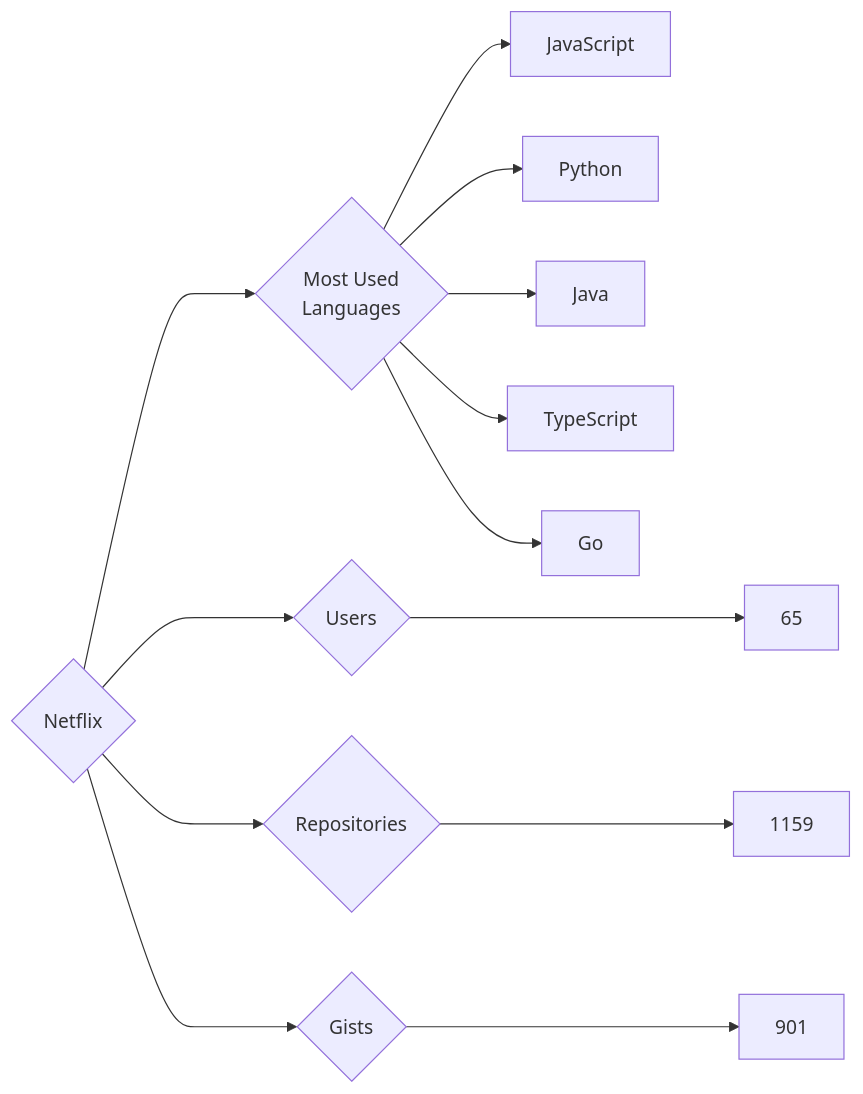
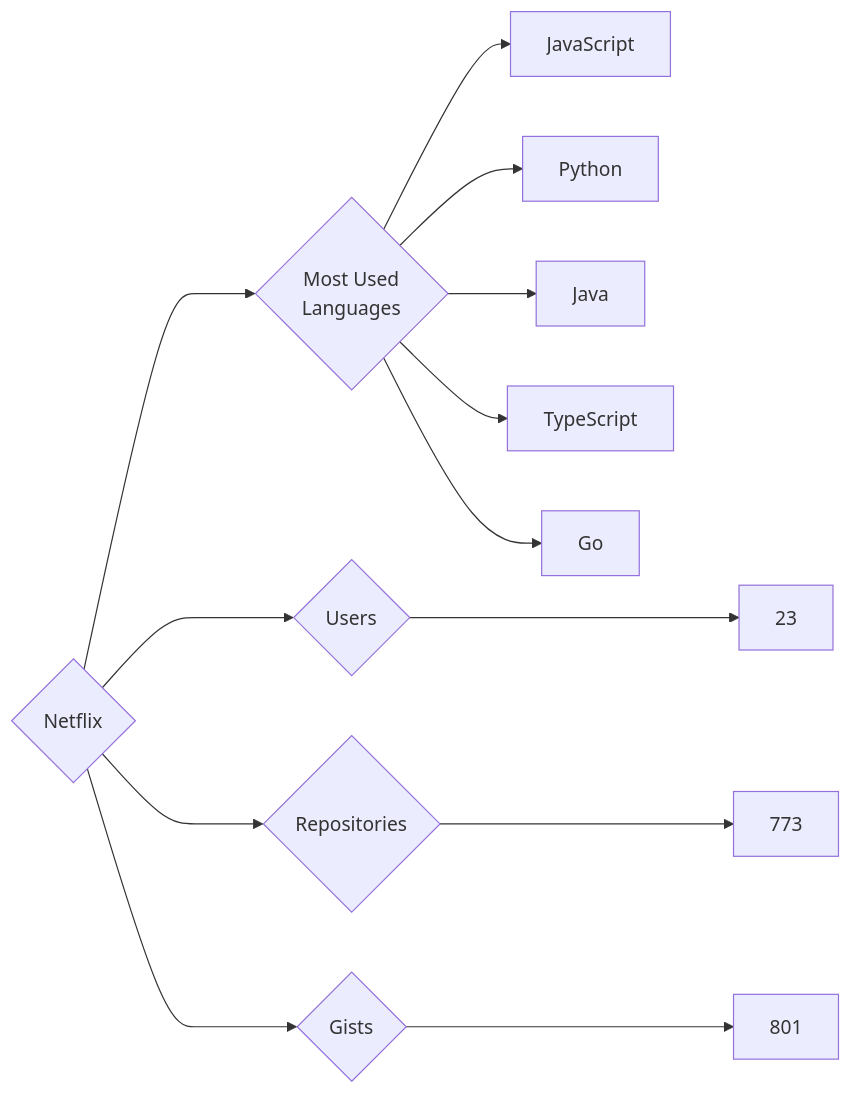
One commit to trickest/insiders changed the diagram in targets/Netflix/README.md. Above: the diagram before and after it, drawn with Mermaid. The commit also changed 773 other files, not shown here.

````diff
--- a/targets/Netflix/README.md
+++ b/targets/Netflix/README.md
@@ -3,13 +3,13 @@
 ```mermaid
 graph LR
 COMPANY_NAME{Netflix}
-COMPANY_NAME ---> U{Users} ---> UN[65]
-COMPANY_NAME ---> R{Repositories} ---> RN[1159]
-COMPANY_NAME ---> G{Gists} ---> GN[901]
+COMPANY_NAME ---> U{Users} ---> UN[23]
+COMPANY_NAME ---> R{Repositories} ---> RN[773]
+COMPANY_NAME ---> G{Gists} ---> GN[801]
 COMPANY_NAME ---> ML{Most Used<br>Languages}
 ML --> JavaScript[JavaScript]
 ML --> Python[Python]
 ML --> Java[Java]
 ML --> TypeScript[TypeScript]
 ML --> Go[Go]
 ```
````
